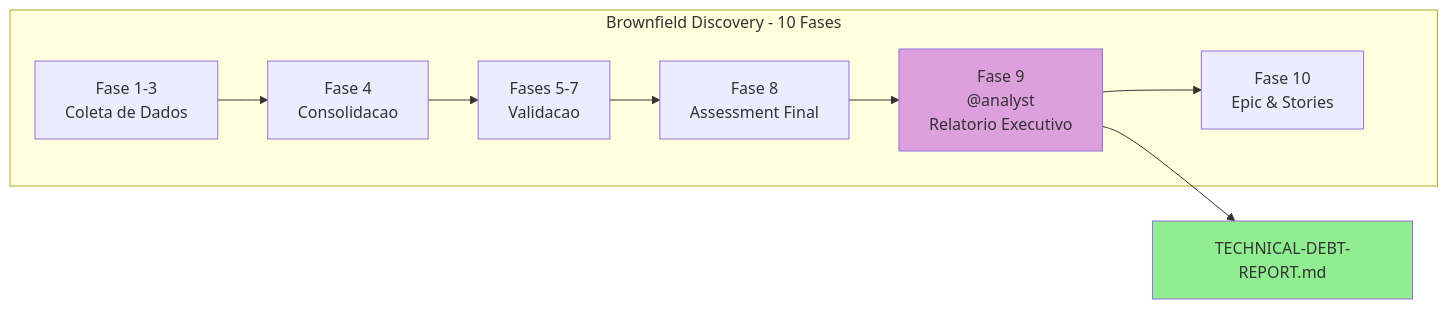
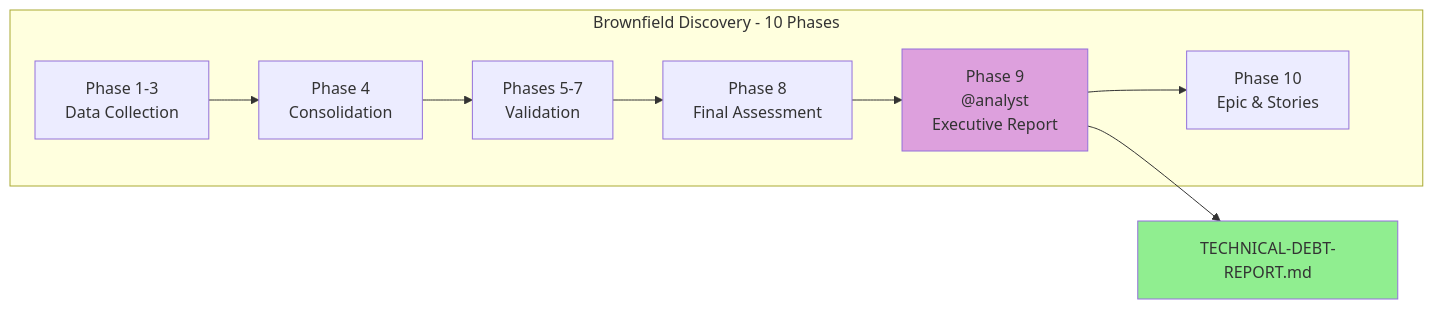
Before and after one commit to CyryxLabs/AEXOS: the fifth of 5 diagrams in docs/guides/agents/ANALYST-SYSTEM.md, drawn with Mermaid. The commit also changed other lines of this file and 528 other files, not shown here.

````diff
--- a/docs/guides/agents/ANALYST-SYSTEM.md
+++ b/docs/guides/agents/ANALYST-SYSTEM.md
@@ -298,22 +298,22 @@
 ```mermaid
 flowchart LR
-    subgraph PHASES["Brownfield Discovery - 10 Fases"]
-        P1["Fase 1-3<br/>Coleta de Dados"]
-        P4["Fase 4<br/>Consolidacao"]
-        P5_7["Fases 5-7<br/>Validacao"]
-        P8["Fase 8<br/>Assessment Final"]
-        P9["Fase 9<br/>@analyst<br/>Relatorio Executivo"]
-        P10["Fase 10<br/>Epic & Stories"]
+    subgraph PHASES["Brownfield Discovery - 10 Phases"]
+        P1["Phase 1-3<br/>Data Collection"]
+        P4["Phase 4<br/>Consolidation"]
+        P5_7["Phases 5-7<br/>Validation"]
+        P8["Phase 8<br/>Final Assessment"]
+        P9["Phase 9<br/>@analyst<br/>Executive Report"]
+        P10["Phase 10<br/>Epic & Stories"]
 
         P1 --> P4
         P4 --> P5_7
         P5_7 --> P8
         P8 --> P9
         P9 --> P10
     end
 
     P9 --> EXEC_REPORT["TECHNICAL-DEBT-REPORT.md"]
 
     style P9 fill:#DDA0DD
     style EXEC_REPORT fill:#90EE90
 ```
````
